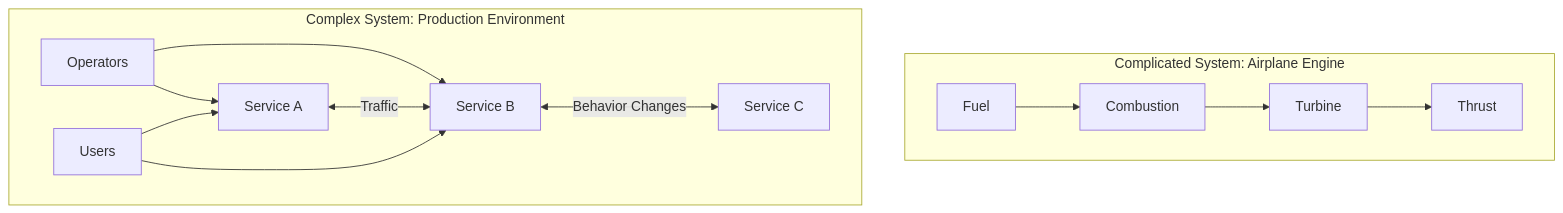
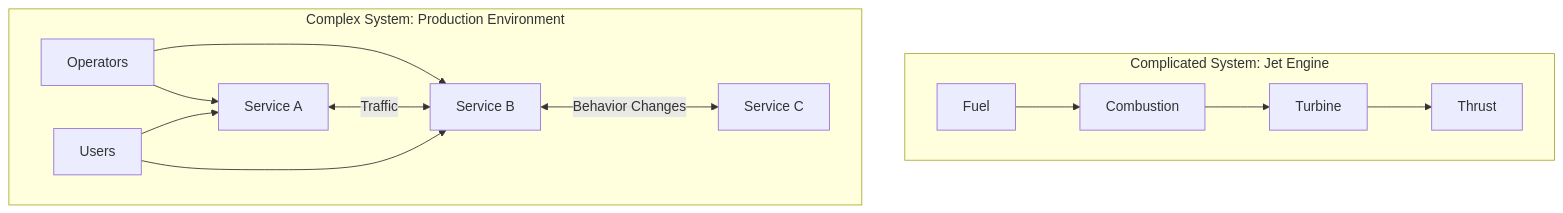
One commit to kube-dojo/kube-dojo changed the first of 11 diagrams in src/content/docs/platform/foundations/systems-thinking/module-1.4-complexity-and-emergent-behavior.md. Above: the diagram before and after it, drawn with Mermaid. The commit also changed other lines of this file and 3 other files, not shown here.

````diff
--- a/src/content/docs/platform/foundations/systems-thinking/module-1.4-complexity-and-emergent-behavior.md
+++ b/src/content/docs/platform/foundations/systems-thinking/module-1.4-complexity-and-emergent-behavior.md
@@ -91,17 +82,17 @@
 ```mermaid
 graph TD
-    subgraph Complicated [Complicated System: Airplane Engine]
+    subgraph Complicated [Complicated System: Jet Engine]
         direction LR
         A[Fuel] --> B[Combustion] --> C[Turbine] --> D[Thrust]
     end
 
     subgraph Complex [Complex System: Production Environment]
         direction LR
         O[Operators] --> S1[Service A]
         O --> S2[Service B]
         S1 <-->|Traffic| S2
         S2 <-->|Behavior Changes| S3[Service C]
         U[Users] --> S1
         U --> S2
     end
 ```
````
